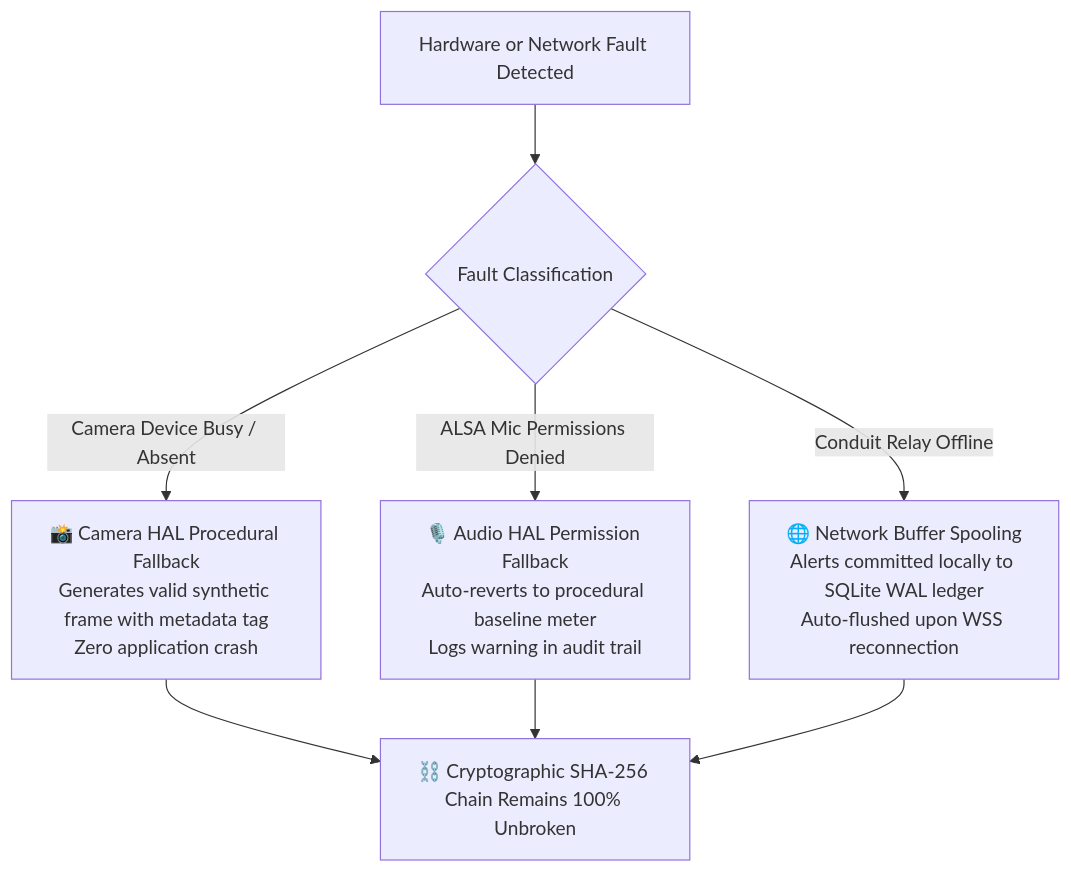
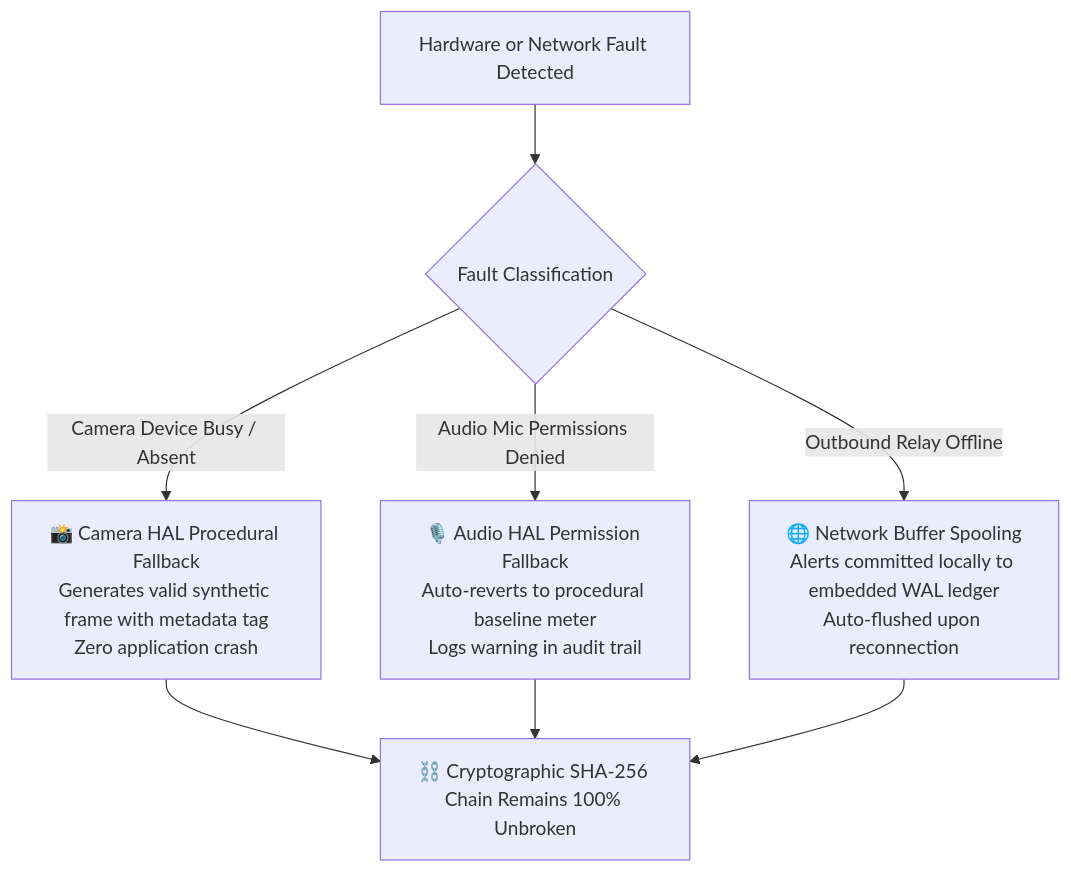
Before and after one commit to xuoxod/sentry-edge: the diagram in docs/DAEMON_AND_CLI_REFERENCE.md, drawn with Mermaid. The commit also changed other lines of this file and 5 other files, not shown here.

````diff
--- a/docs/DAEMON_AND_CLI_REFERENCE.md
+++ b/docs/DAEMON_AND_CLI_REFERENCE.md
@@ -317,12 +294,12 @@
 ```mermaid
 graph TD
     Fault["Hardware or Network Fault Detected"] --> Type{Fault Classification}
 
     Type -->|Camera Device Busy / Absent| CamRec["📸 Camera HAL Procedural Fallback<br/>Generates valid synthetic frame with metadata tag<br/>Zero application crash"]
-    Type -->|ALSA Mic Permissions Denied| MicRec["🎙️ Audio HAL Permission Fallback<br/>Auto-reverts to procedural baseline meter<br/>Logs warning in audit trail"]
-    Type -->|Conduit Relay Offline| NetRec["🌐 Network Buffer Spooling<br/>Alerts committed locally to SQLite WAL ledger<br/>Auto-flushed upon WSS reconnection"]
+    Type -->|Audio Mic Permissions Denied| MicRec["🎙️ Audio HAL Permission Fallback<br/>Auto-reverts to procedural baseline meter<br/>Logs warning in audit trail"]
+    Type -->|Outbound Relay Offline| NetRec["🌐 Network Buffer Spooling<br/>Alerts committed locally to embedded WAL ledger<br/>Auto-flushed upon reconnection"]
 
     CamRec --> Sealed["⛓️ Cryptographic SHA-256 Chain Remains 100% Unbroken"]
     MicRec --> Sealed
     NetRec --> Sealed
 ```
````
